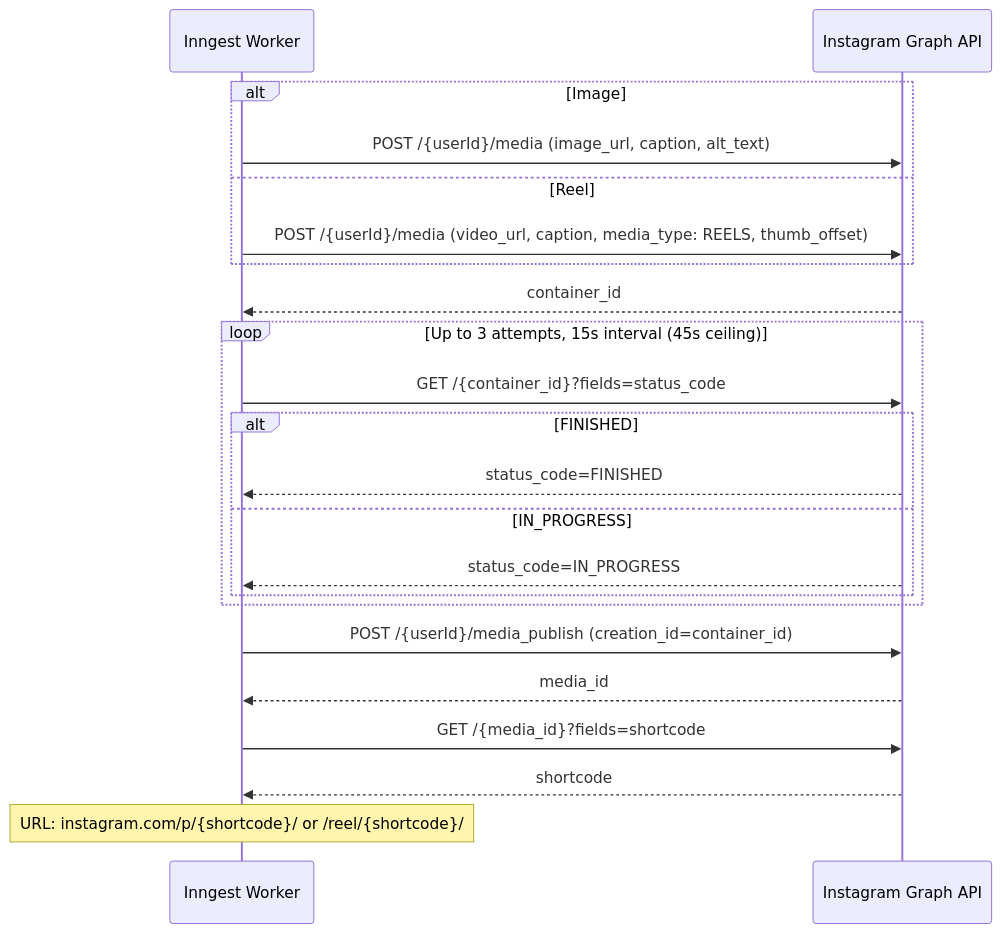
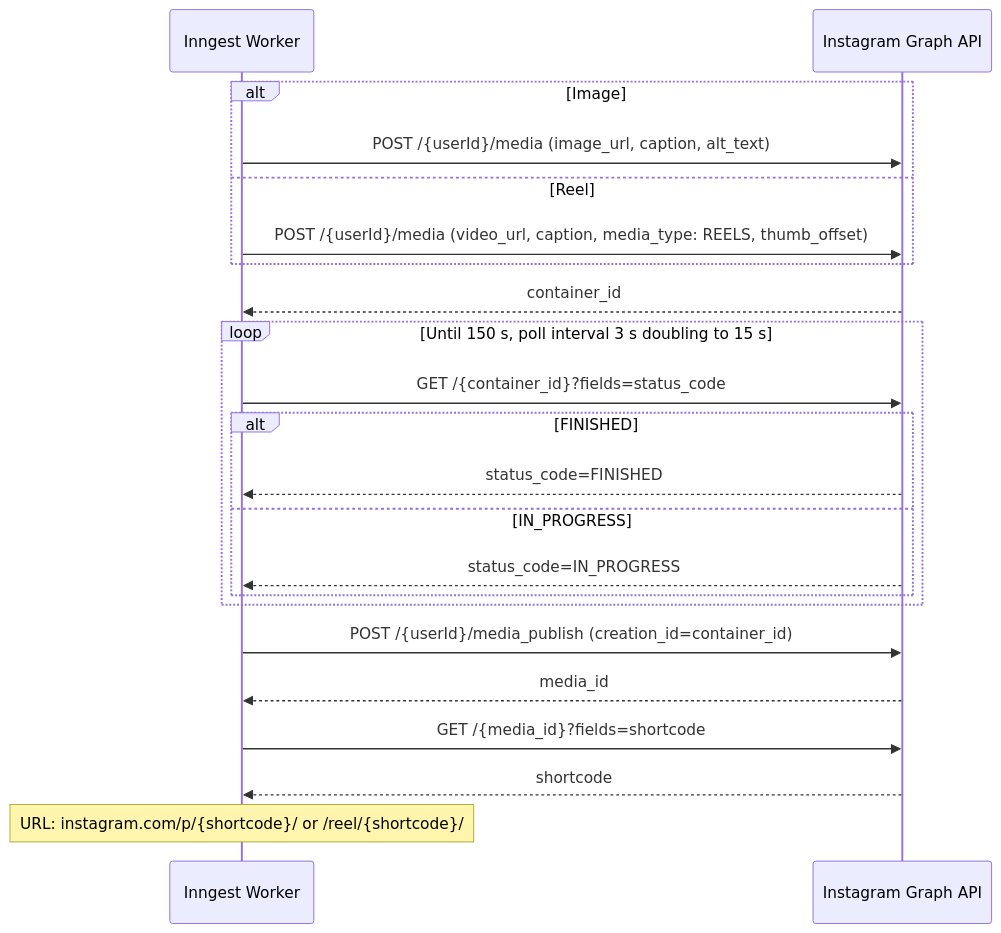
The fifth of 5 diagrams in docs/PLATFORMS.md (Andy00L/sharetopus), drawn with Mermaid before and after one commit. The commit also changed other lines of this file and 15 other files, not shown here.

````diff
--- a/docs/PLATFORMS.md
+++ b/docs/PLATFORMS.md
@@ -292,28 +300,28 @@
 ```mermaid
 sequenceDiagram
     participant Worker as Inngest Worker
     participant IG as Instagram Graph API
 
     alt Image
         Worker->>IG: POST /{userId}/media (image_url, caption, alt_text)
     else Reel
         Worker->>IG: POST /{userId}/media (video_url, caption, media_type: REELS, thumb_offset)
     end
     IG-->>Worker: container_id
 
-    loop Up to 3 attempts, 15s interval (45s ceiling)
+    loop Until 150 s, poll interval 3 s doubling to 15 s
         Worker->>IG: GET /{container_id}?fields=status_code
         alt FINISHED
             IG-->>Worker: status_code=FINISHED
         else IN_PROGRESS
             IG-->>Worker: status_code=IN_PROGRESS
         end
     end
 
     Worker->>IG: POST /{userId}/media_publish (creation_id=container_id)
     IG-->>Worker: media_id
 
     Worker->>IG: GET /{media_id}?fields=shortcode
     IG-->>Worker: shortcode
     Note over Worker: URL: instagram.com/p/{shortcode}/ or /reel/{shortcode}/
 ```
````
